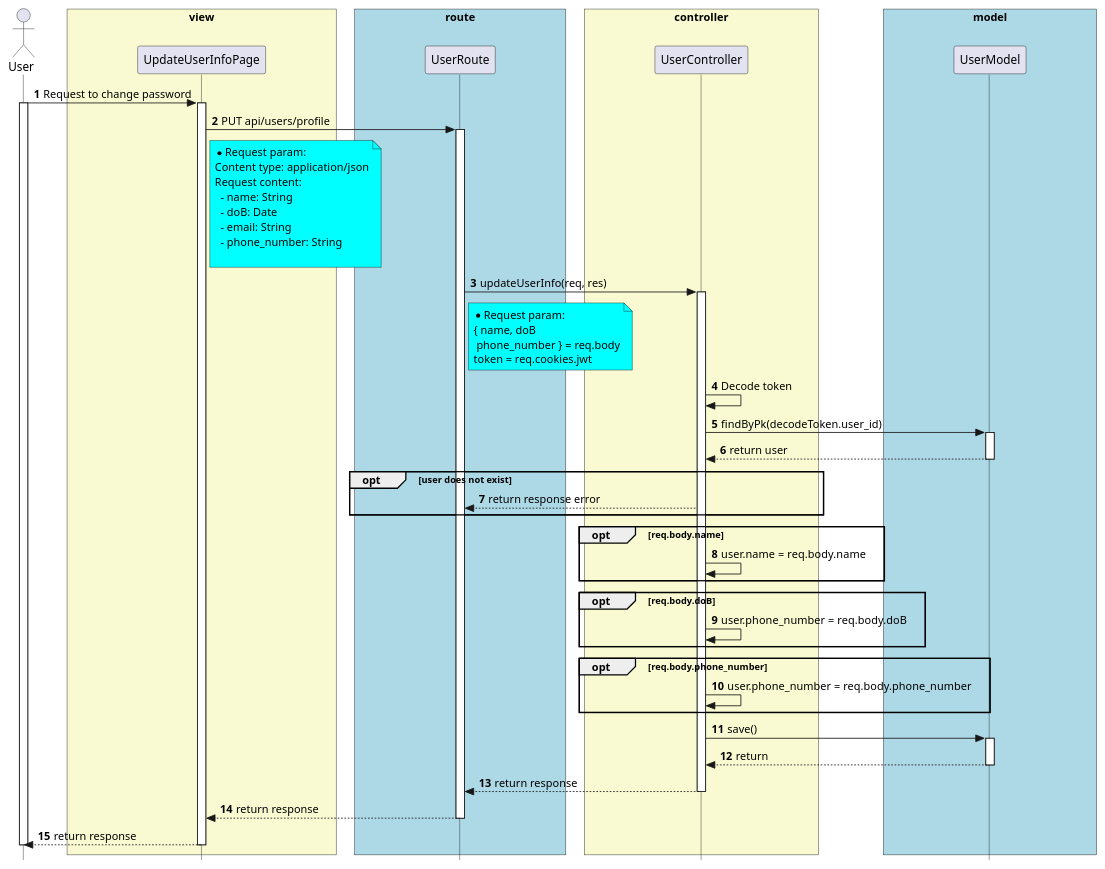
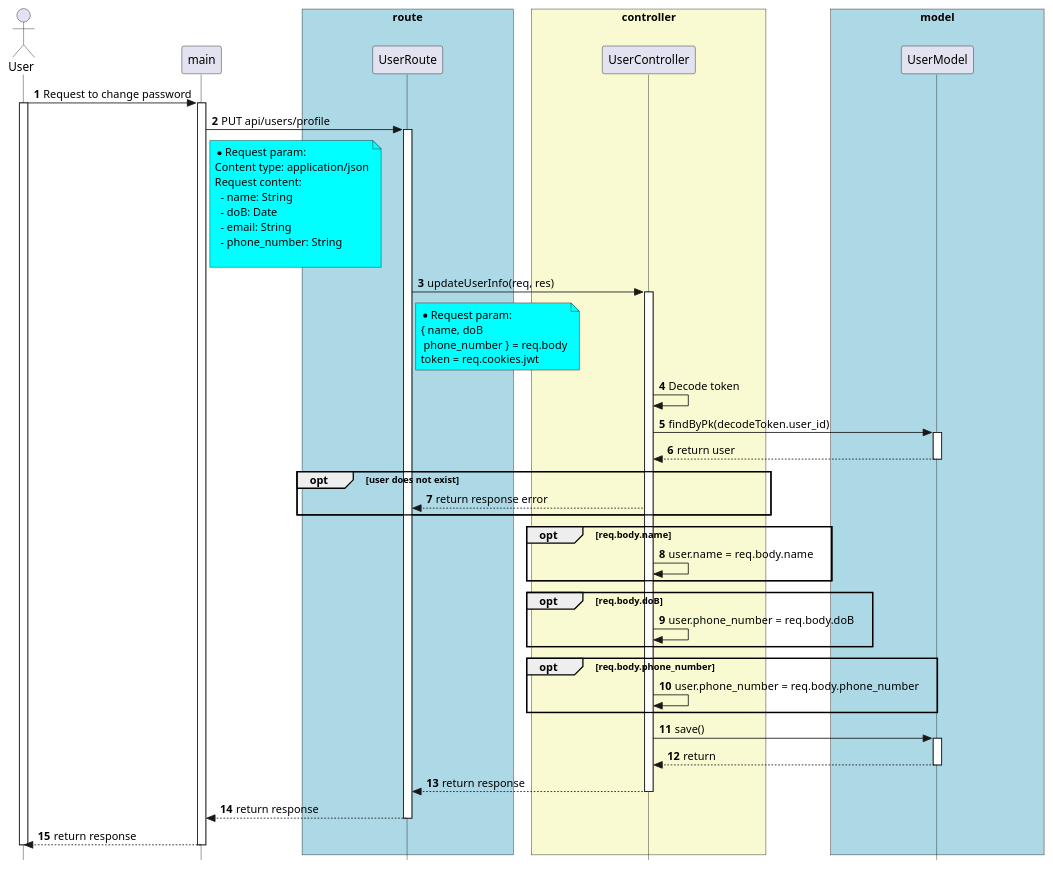
Before and after one commit to techcomrade/fmECG: the diagram in diagram/sequence/API/users/updateUserInfo.pu, drawn with PlantUML. The commit also changed 75 other files, not shown here.

```diff
--- a/diagram/sequence/API/users/updateUserInfo.pu
+++ b/diagram/sequence/API/users/updateUserInfo.pu
@@ -1,117 +1,115 @@
 @startuml
 
 
 skinparam style strictuml
 
 skinparam lifelineStrategy solid
 
 skinparam ParticipantPadding 80
 
 skinparam BoxPadding 10
 
 autonumber
 
 actor User as User
 
-box "view" #LightGoldenRodYellow
 
-participant UpdateUserInfoPage as UpdateUserInfoPage
+participant main as main
 
-end box
 
 box "route" #lightBlue
 
 participant UserRoute as UserRoute
 
 end box
 
 
 box "controller" #LightGoldenRodYellow
 participant UserController as UserController
 
 end box
 
 
 box "model" #lightBlue
 participant UserModel as UserModel
 
 end box
 
 
-User -> UpdateUserInfoPage: Request to change password
+User -> main: Request to change password
 activate User
-activate UpdateUserInfoPage
+activate main
 
-UpdateUserInfoPage -> UserRoute: PUT api/users/profile
+main -> UserRoute: PUT api/users/profile
 activate UserRoute
 
-note right of UpdateUserInfoPage #Aqua
+note right of main #Aqua
 * Request param:
 Content type: application/json
 Request content:
   - name: String
   - doB: Date
   - email: String
   - phone_number: String
 
 end note
 
 UserRoute -> UserController: updateUserInfo(req, res)
 activate UserController
 
 note right of UserRoute #Aqua
 * Request param:
 { name, doB
  phone_number } = req.body
 token = req.cookies.jwt
 end note
 
 
 
 UserController -> UserController: Decode token
 
 UserController -> UserModel: findByPk(decodeToken.user_id)
 
 activate  UserModel
 
 UserModel --> UserController: return user
 
 deactivate UserModel
 
 opt user does not exist
   UserController --> UserRoute: return response error
 end
 
 opt req.body.name
   UserController -> UserController: user.name = req.body.name
 end
 
 opt req.body.doB
   UserController -> UserController: user.phone_number = req.body.doB
 end
 
 opt req.body.phone_number
   UserController -> UserController: user.phone_number = req.body.phone_number
 end
 
 UserController -> UserModel: save()
 activate UserModel
 
 UserModel --> UserController: return
 deactivate UserModel
 
 UserController --> UserRoute: return response
 
 deactivate UserController
 
-UserRoute --> UpdateUserInfoPage: return response
+UserRoute --> main: return response
 
 deactivate UserRoute
 
-UpdateUserInfoPage --> User: return response
+main --> User: return response
 
-deactivate UpdateUserInfoPage
+deactivate main
 deactivate User
 
 
 @enduml
```
